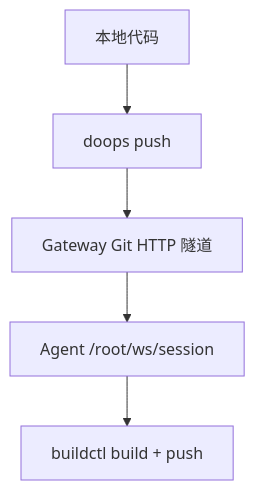
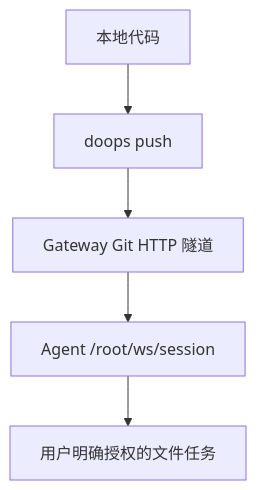
Before and after one commit to symansun/doops: the first of 2 diagrams in backend/docs/code_sync_rsync_analysis.md, drawn with Mermaid. The commit also changed other lines of this file and 39 other files, not shown here.

````diff
--- a/backend/docs/code_sync_rsync_analysis.md
+++ b/backend/docs/code_sync_rsync_analysis.md
@@ -40,7 +40,7 @@
 ```mermaid
 graph TD
     A["本地代码"] --> B["doops push"]
     B --> C["Gateway Git HTTP 隧道"]
     C --> D["Agent /root/ws/session"]
-    D --> E["buildctl build + push"]
+    D --> E["用户明确授权的文件任务"]
 ```
````
